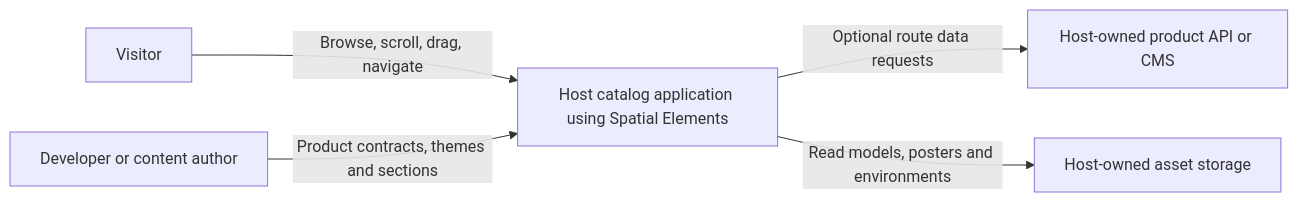
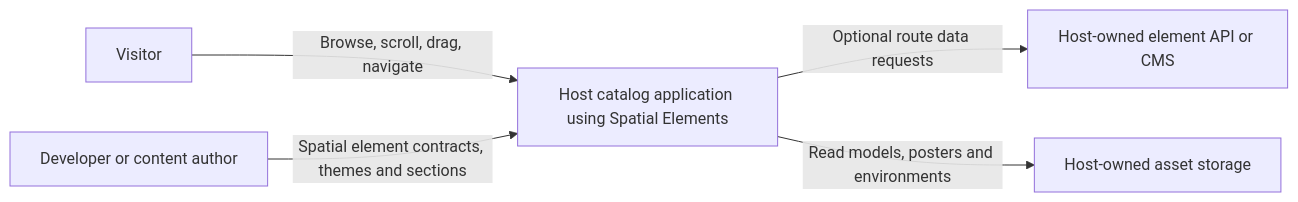
The first of 3 diagrams in docs/architecture/README.md (LauridBergjohann/spatial-elements), drawn with Mermaid before and after one commit. The commit also changed other lines of this file and 166 other files, not shown here.

Commit message:
refactor!: use SpatialElement terminology throughout the public API

```diff
--- a/docs/architecture/README.md
+++ b/docs/architecture/README.md
@@ -16,7 +16,7 @@
 ~~~mermaid
 flowchart LR
   Visitor[Visitor] -->|Browse, scroll, drag, navigate| Catalog[Host catalog application using Spatial Elements]
-  Author[Developer or content author] -->|Product contracts, themes and sections| Catalog
-  Catalog -->|Optional route data requests| Data[Host-owned product API or CMS]
+  Author[Developer or content author] -->|Spatial element contracts, themes and sections| Catalog
+  Catalog -->|Optional route data requests| Data[Host-owned element API or CMS]
   Catalog -->|Read models, posters and environments| Assets[Host-owned asset storage]
 ~~~
```
